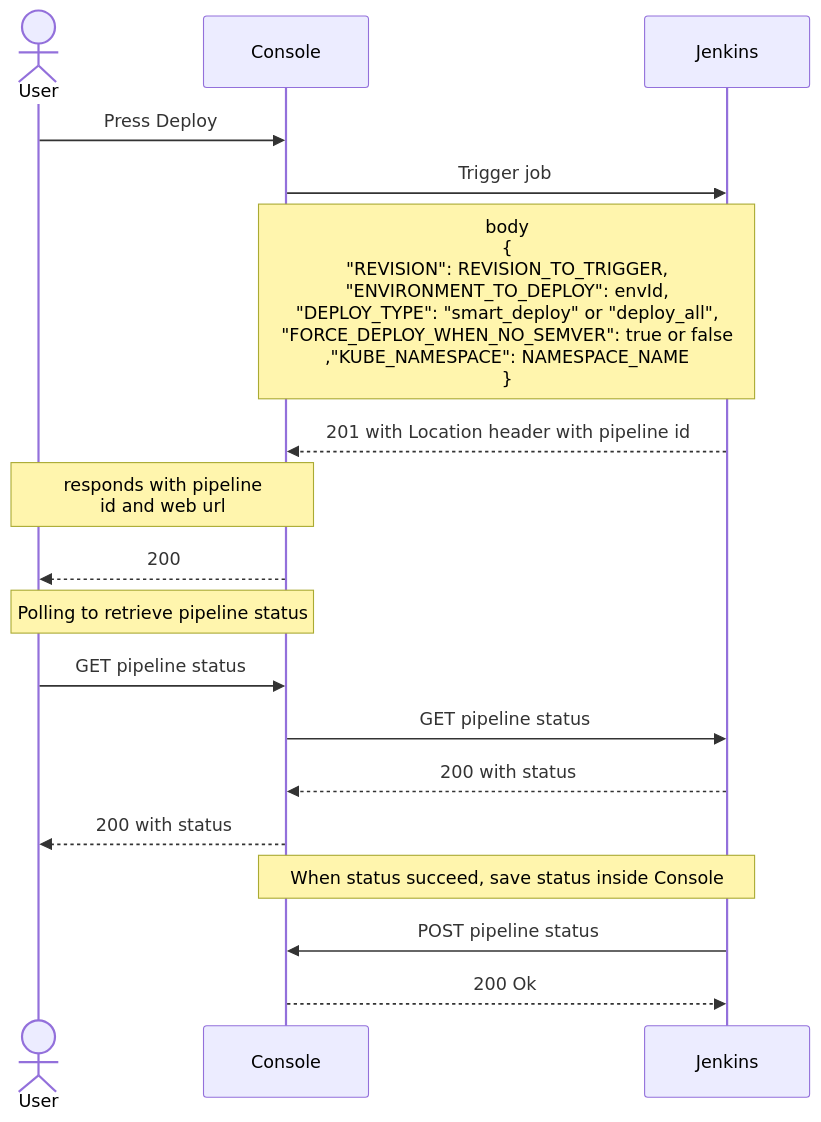
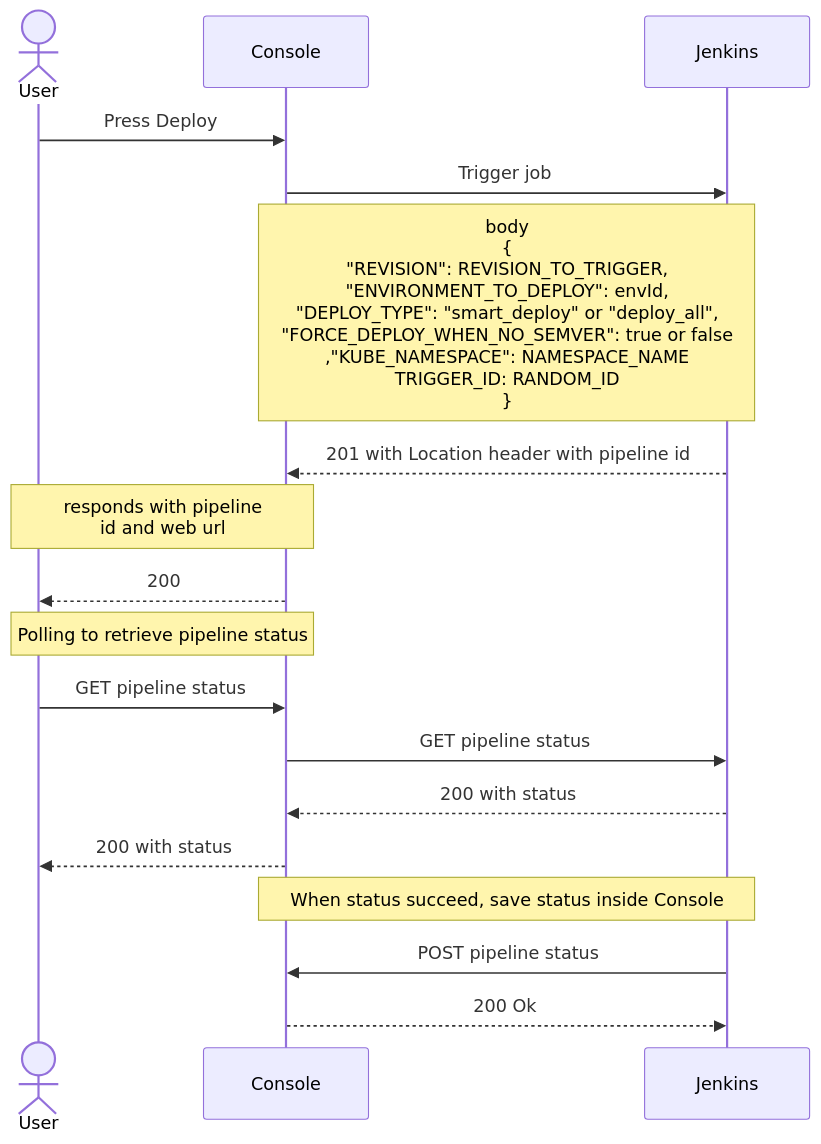
The diagram in docs/development_suite/deploy/pipeline-based/configure-jenkins.md (mia-platform/documentation), drawn with Mermaid before and after one commit. The commit also changed other lines of this file and 1 other file, not shown here.

Commit message:
update jenkins config

````diff
--- a/docs/development_suite/deploy/pipeline-based/configure-jenkins.md
+++ b/docs/development_suite/deploy/pipeline-based/configure-jenkins.md
@@ -27,24 +28,24 @@
 ```mermaid
 sequenceDiagram
   actor User
   participant Console
   participant Jenkins
 
   User->>Console: Press Deploy
   Console->>Jenkins: Trigger job
-  note over Console,Jenkins: body<br/>{<br/>"REVISION": REVISION_TO_TRIGGER,<br/>"ENVIRONMENT_TO_DEPLOY": envId,<br/>"DEPLOY_TYPE": "smart_deploy" or "deploy_all",<br/>"FORCE_DEPLOY_WHEN_NO_SEMVER": true or false<br/>,"KUBE_NAMESPACE": NAMESPACE_NAME<br/>}
+  note over Console,Jenkins: body<br/>{<br/>"REVISION": REVISION_TO_TRIGGER,<br/>"ENVIRONMENT_TO_DEPLOY": envId,<br/>"DEPLOY_TYPE": "smart_deploy" or "deploy_all",<br/>"FORCE_DEPLOY_WHEN_NO_SEMVER": true or false<br/>,"KUBE_NAMESPACE": NAMESPACE_NAME<br/>TRIGGER_ID: RANDOM_ID<br/>}
   Jenkins-->>Console: 201 with Location header with pipeline id
   note over User,Console: responds with pipeline<br/> id and web url
   Console-->>User: 200
 
   note over User,Console: Polling to retrieve pipeline status
 
   User->>Console: GET pipeline status
   Console->>Jenkins: GET pipeline status
   Jenkins-->>Console: 200 with status
   Console-->>User: 200 with status
 
   note over Console,Jenkins: When status succeed, save status inside Console
   Jenkins->>Console: POST pipeline status
   Console-->>Jenkins: 200 Ok
 ```
````
